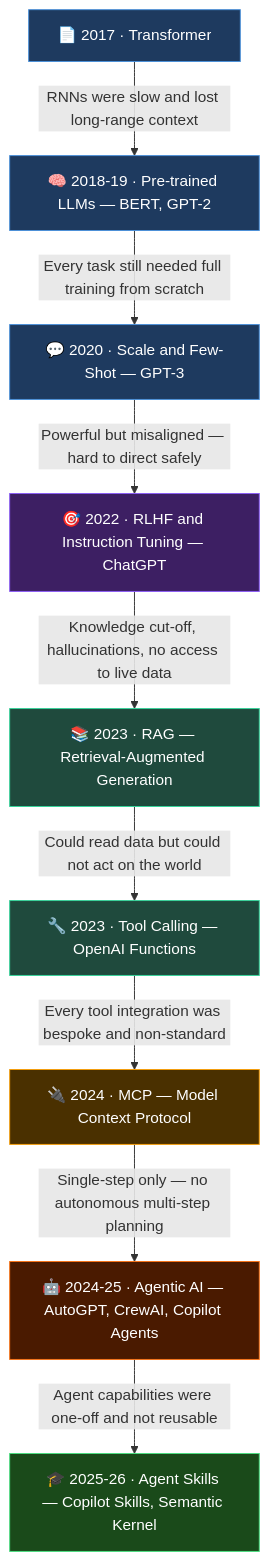
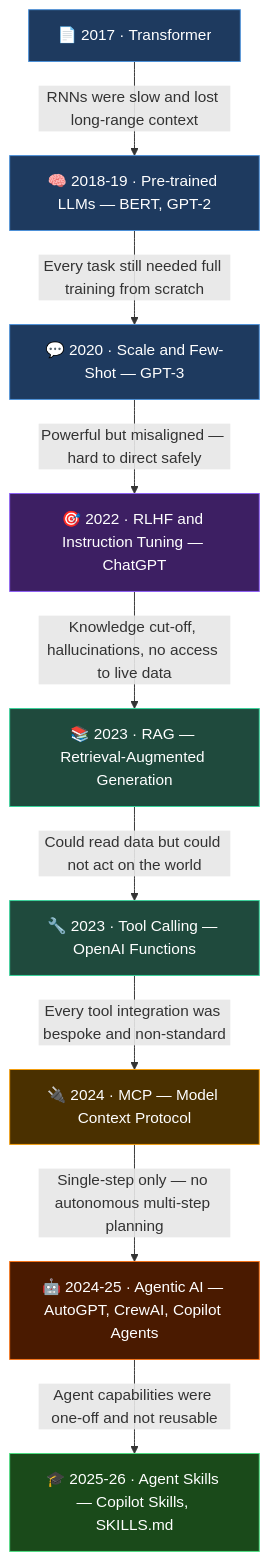
Before and after one commit to arklnd/arklnd.github.io: the diagram in src/content/posts/latest-ai-terms-you-need-to-know-in-2026.md, drawn with Mermaid. The commit also changed other lines of this file, not shown here.

Commit message:
feat: update AI terms blog post with additional tags and improved flowchart references

````diff
--- a/src/content/posts/latest-ai-terms-you-need-to-know-in-2026.md
+++ b/src/content/posts/latest-ai-terms-you-need-to-know-in-2026.md
@@ -54,35 +55,35 @@
 ```mermaid
 flowchart TD
     A["📄 2017 · Transformer"]
     B["🧠 2018-19 · Pre-trained LLMs — BERT, GPT-2"]
     C["💬 2020 · Scale and Few-Shot — GPT-3"]
     D["🎯 2022 · RLHF and Instruction Tuning — ChatGPT"]
     E["📚 2023 · RAG — Retrieval-Augmented Generation"]
     F["🔧 2023 · Tool Calling — OpenAI Functions"]
     G["🔌 2024 · MCP — Model Context Protocol"]
     H["🤖 2024-25 · Agentic AI — AutoGPT, CrewAI, Copilot Agents"]
-    I["🎓 2025-26 · Agent Skills — Copilot Skills, Semantic Kernel"]
+    I["🎓 2025-26 · Agent Skills — Copilot Skills, SKILLS.md"]
 
     A -->|"RNNs were slow and lost long-range context"| B
     B -->|"Every task still needed full training from scratch"| C
     C -->|"Powerful but misaligned — hard to direct safely"| D
     D -->|"Knowledge cut-off, hallucinations, no access to live data"| E
     E -->|"Could read data but could not act on the world"| F
     F -->|"Every tool integration was bespoke and non-standard"| G
     G -->|"Single-step only — no autonomous multi-step planning"| H
     H -->|"Agent capabilities were one-off and not reusable"| I
 
     classDef foundation fill:#1e3a5f,stroke:#4a90d9,color:#fff
     classDef alignment fill:#3d1f63,stroke:#8b5cf6,color:#fff
     classDef dataAccess fill:#1f4a3d,stroke:#34d399,color:#fff
     classDef protocol fill:#4a3000,stroke:#f59e0b,color:#fff
     classDef agentEra fill:#4a1a00,stroke:#f97316,color:#fff
     classDef current fill:#1a4a1a,stroke:#4ade80,color:#fff
 
     class A,B,C foundation
     class D alignment
     class E,F dataAccess
     class G protocol
     class H agentEra
     class I current
 ```
````
